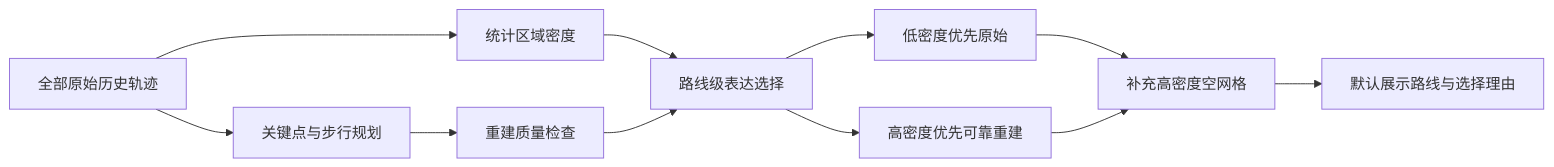
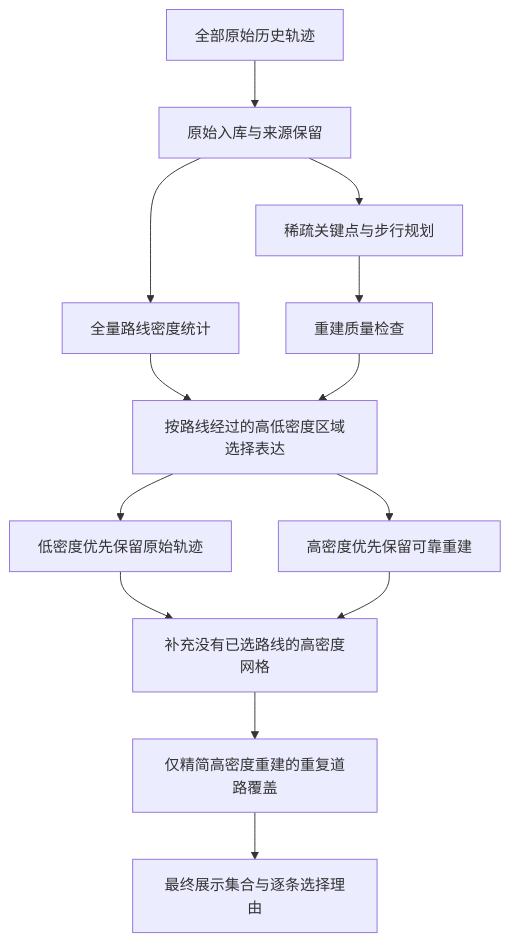
Before and after one commit to yuanchangsai77/gpxdedupe: the diagram in gpx_dedupe_project/route_semantics/方案介绍.md, drawn with Mermaid. The commit also changed other lines of this file, not shown here.

````diff
--- a/gpx_dedupe_project/route_semantics/方案介绍.md
+++ b/gpx_dedupe_project/route_semantics/方案介绍.md
@@ -31,13 +25,15 @@
 ```mermaid
-flowchart LR
-    A[全部原始历史轨迹] --> B[统计区域密度]
-    A --> C[关键点与步行规划]
-    C --> D[重建质量检查]
-    B --> E[路线级表达选择]
-    D --> E
-    E --> F[低密度优先原始]
-    E --> G[高密度优先可靠重建]
-    F --> H[补充高密度空网格]
-    G --> H
-    H --> I[默认展示路线与选择理由]
+flowchart TD
+    A[全部原始历史轨迹] --> B[原始入库与来源保留]
+    B --> C[全量路线密度统计]
+    B --> D[稀疏关键点与步行规划]
+    D --> E[重建质量检查]
+    C --> F[按路线经过的高低密度区域选择表达]
+    E --> F
+    F --> G[低密度优先保留原始轨迹]
+    F --> H[高密度优先保留可靠重建]
+    G --> I[补充没有已选路线的高密度网格]
+    H --> I
+    I --> J[仅精简高密度重建的重复道路覆盖]
+    J --> K[最终展示集合与逐条选择理由]
 ```
````
